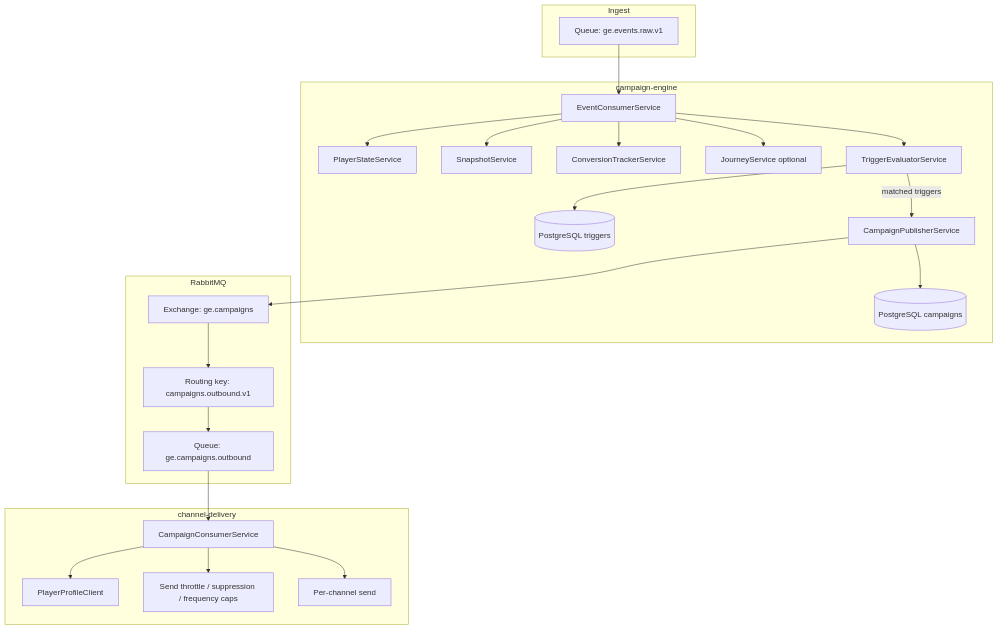
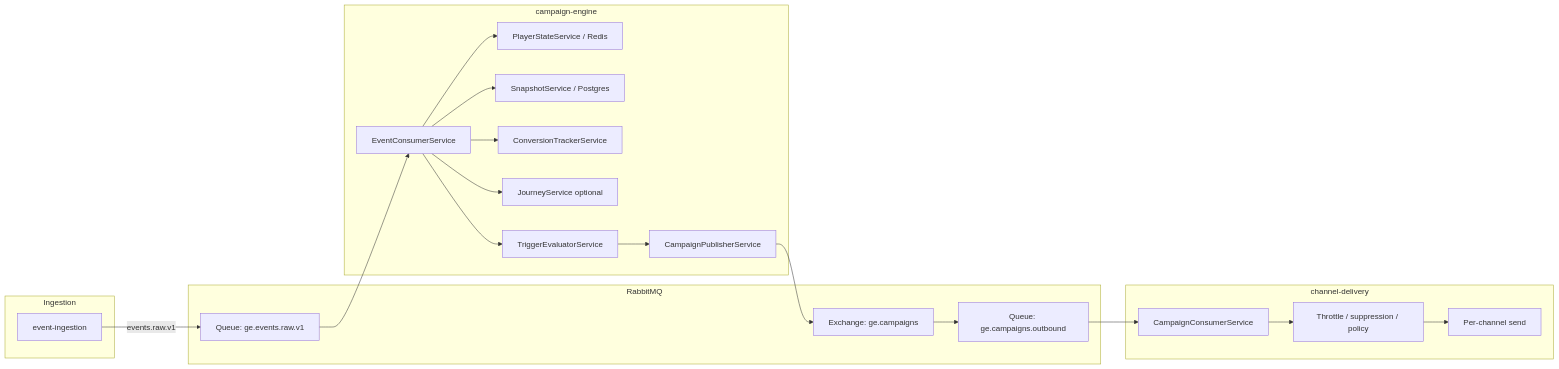
The first of 2 diagrams in flows/triggers.md (rishirathoregammasweep/Working), drawn with Mermaid before and after one commit. The commit also changed other lines of this file, not shown here.

First line of the commit message:
Update event trigger documentation and diagrams

````diff
--- a/flows/triggers.md
+++ b/flows/triggers.md
@@ -59,48 +11,42 @@
 ```mermaid
-flowchart TB
-  subgraph ingest["Ingest"]
-    RAW["Queue: ge.events.raw.v1"]
+flowchart LR
+  subgraph ingest["Ingestion"]
+    EI[event-ingestion]
+  end
+
+  subgraph mq["RabbitMQ"]
+    QRAW["Queue: ge.events.raw.v1"]
+    EX["Exchange: ge.campaigns"]
+    QOUT["Queue: ge.campaigns.outbound"]
   end
 
   subgraph ce["campaign-engine"]
-    EC["EventConsumerService"]
-    PS["PlayerStateService"]
-    SN["SnapshotService"]
-    CV["ConversionTrackerService"]
-    JY["JourneyService optional"]
-    TE["TriggerEvaluatorService"]
-    TR[(PostgreSQL triggers)]
-    CP["CampaignPublisherService"]
-    CA[(PostgreSQL campaigns)]
-  end
-
-  subgraph mq["RabbitMQ"]
-    EX["Exchange: ge.campaigns"]
-    Q["Queue: ge.campaigns.outbound"]
-    RK["Routing key: campaigns.outbound.v1"]
+    EC[EventConsumerService]
+    PS[PlayerStateService / Redis]
+    SN[SnapshotService / Postgres]
+    CV[ConversionTrackerService]
+    JY[JourneyService optional]
+    TE[TriggerEvaluatorService]
+    CP[CampaignPublisherService]
   end
 
   subgraph cd["channel-delivery"]
-    CC["CampaignConsumerService"]
-    PP["PlayerProfileClient"]
-    TH["Send throttle / suppression / frequency caps"]
-    SEND["Per-channel send"]
+    CC[CampaignConsumerService]
+    TH[Throttle / suppression / policy]
+    CH[Per-channel send]
   end
 
-  RAW --> EC
+  EI -->|events.raw.v1| QRAW
+  QRAW --> EC
   EC --> PS
   EC --> SN
   EC --> CV
   EC --> JY
   EC --> TE
-  TE --> TR
-  TE -->|matched triggers| CP
-  CP --> CA
+  TE --> CP
   CP --> EX
-  EX --> RK
-  RK --> Q
-  Q --> CC
-  CC --> PP
+  EX --> QOUT
+  QOUT --> CC
   CC --> TH
-  CC --> SEND
+  TH --> CH
 ```
````
